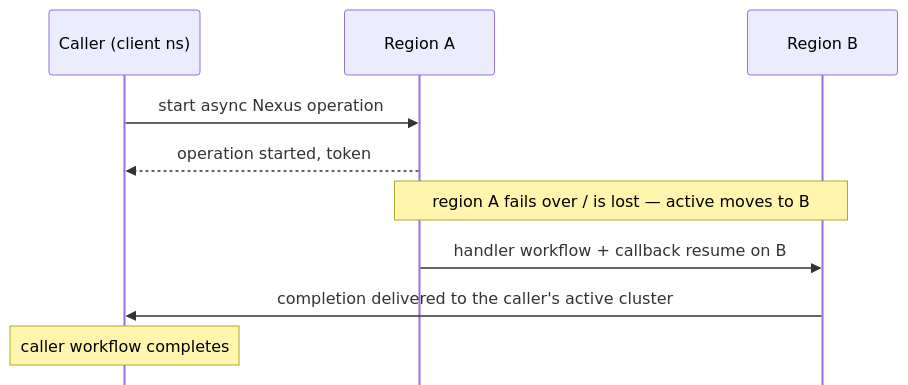
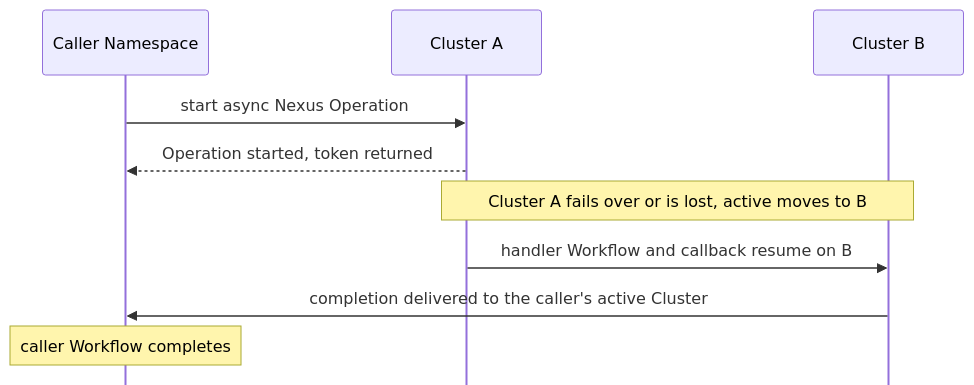
Before and after one commit to temporalio/documentation: the diagram in docs/production-deployment/self-hosted-guide/temporal-nexus.mdx, drawn with Mermaid. The commit also changed other lines of this file, not shown here.

First line of the commit message:
Apply docs style pass and note split-active-Cluster failover

````diff
--- a/docs/production-deployment/self-hosted-guide/temporal-nexus.mdx
+++ b/docs/production-deployment/self-hosted-guide/temporal-nexus.mdx
@@ -143,13 +143,13 @@
 ```mermaid
 %%{init: {'sequence': {'mirrorActors': false}}}%%
 sequenceDiagram
-    participant C as Caller (client ns)
-    participant A as Region A
-    participant B as Region B
-    C->>A: start async Nexus operation
-    A-->>C: operation started, token
-    Note over A,B: region A fails over / is lost — active moves to B
-    A->>B: handler workflow + callback resume on B
-    B->>C: completion delivered to the caller's active cluster
-    Note over C: caller workflow completes
+    participant C as Caller Namespace
+    participant A as Cluster A
+    participant B as Cluster B
+    C->>A: start async Nexus Operation
+    A-->>C: Operation started, token returned
+    Note over A,B: Cluster A fails over or is lost, active moves to B
+    A->>B: handler Workflow and callback resume on B
+    B->>C: completion delivered to the caller's active Cluster
+    Note over C: caller Workflow completes
 ```
````
